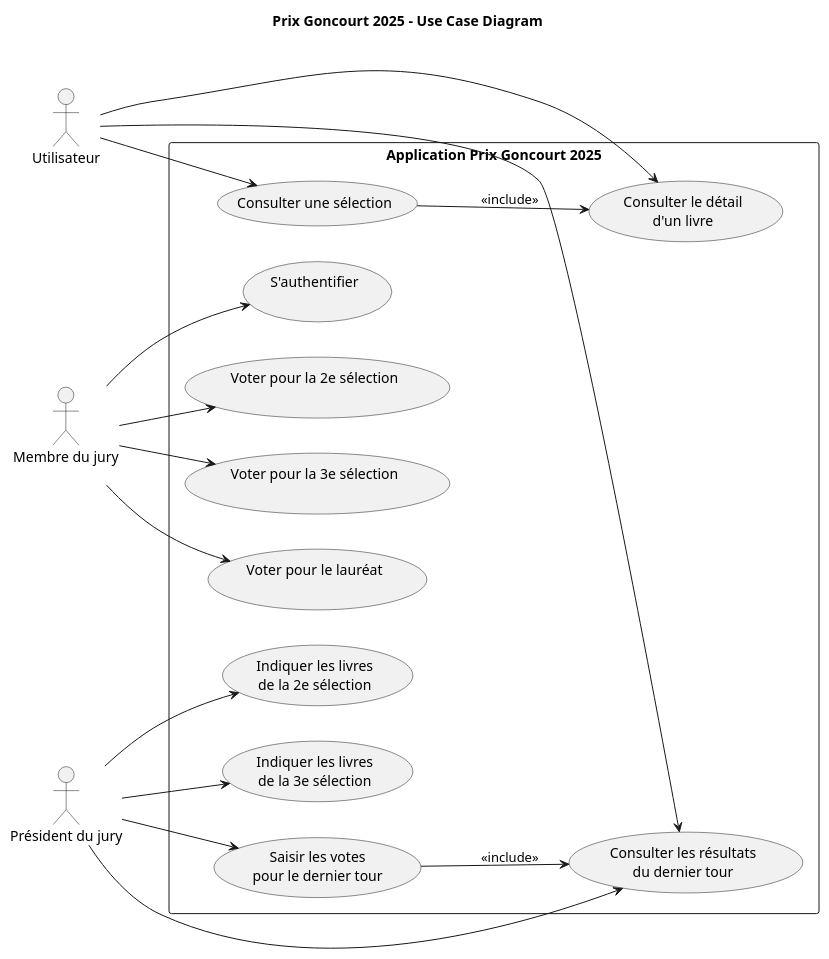
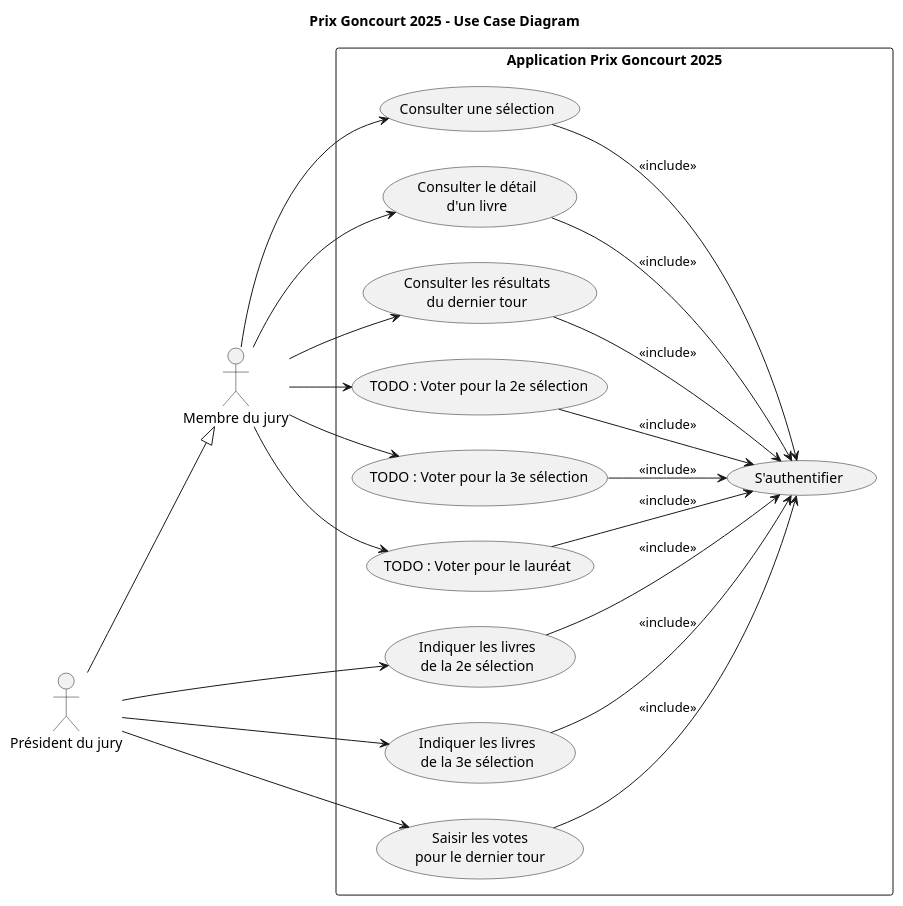
Before and after one commit to MarieLorraineFMS/prix-goncourt-2025: the diagram in docs/use_cases.puml, drawn with PlantUML. The commit also changed 6 other files, not shown here.

```diff
--- a/docs/use_cases.puml
+++ b/docs/use_cases.puml
@@ -1,43 +1,55 @@
 @startuml Use cases
 title Prix Goncourt 2025 - Use Case Diagram
 
 left to right direction
 
-actor "Utilisateur" as User
+actor "Membre du jury" as Member
 actor "Président du jury" as President
-actor "Membre du jury\n" as Member
 
 rectangle "Application Prix Goncourt 2025" {
 
   usecase "Consulter une sélection" as UC1
   usecase "Consulter le détail\nd'un livre" as UC2
   usecase "Consulter les résultats\ndu dernier tour" as UC3
 
   usecase "Indiquer les livres\nde la 2e sélection" as UC4
   usecase "Indiquer les livres\nde la 3e sélection" as UC5
   usecase "Saisir les votes\npour le dernier tour" as UC6
 
-  usecase "S'authentifier\n" as UC7
-  usecase "Voter pour la 2e sélection\n" as UC8
-  usecase "Voter pour la 3e sélection\n" as UC9
-  usecase "Voter pour le lauréat\n" as UC10
+  usecase "S'authentifier" as UC7
+
+  usecase "TODO : Voter pour la 2e sélection" as UC8
+  usecase "TODO : Voter pour la 3e sélection" as UC9
+  usecase "TODO : Voter pour le lauréat" as UC10
 }
 
-User --> UC1
-User --> UC2
-User --> UC3
+' President inherit jury member
+President --|> Member
 
+' Member actions
+Member --> UC1
+Member --> UC2
+Member --> UC3
+
+' President-specific actions
 President --> UC4
 President --> UC5
 President --> UC6
-President --> UC3
 
-Member --> UC7
+' Future vote features for members
 Member --> UC8
 Member --> UC9
 Member --> UC10
 
-UC1 --> UC2 : <<include>>
-UC6 --> UC3 : <<include>>
+' Auth is a mandatory step before all actions
+UC1  --> UC7 : <<include>>
+UC2  --> UC7 : <<include>>
+UC3  --> UC7 : <<include>>
+UC4  --> UC7 : <<include>>
+UC5  --> UC7 : <<include>>
+UC6  --> UC7 : <<include>>
+UC8  --> UC7 : <<include>>
+UC9  --> UC7 : <<include>>
+UC10 --> UC7 : <<include>>
 
 @enduml
```
